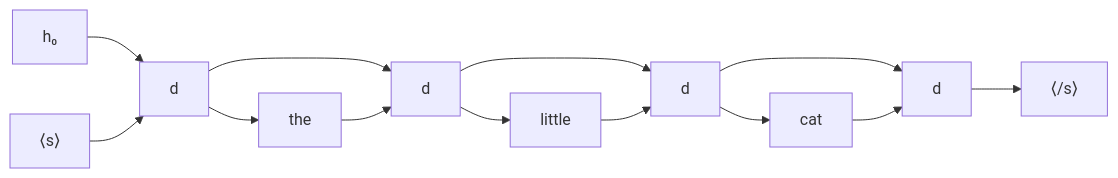
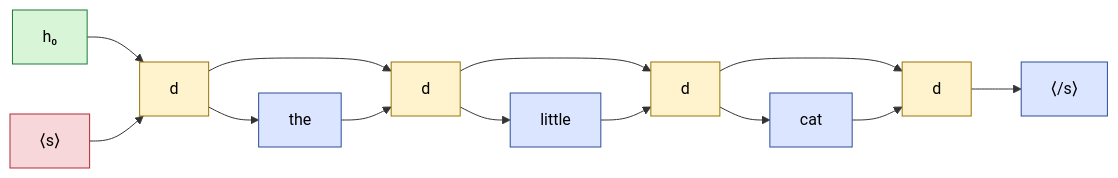
One commit to HydraaaNF/Obsidian-sciences-notes changed the diagram in Machine Learning/Génération d'une séquence.md. Above: the diagram before and after it, drawn with Mermaid. The commit also changed other lines of this file and 7 other files, not shown here.

````diff
--- a/Machine Learning/Génération d'une séquence.md
+++ b/Machine Learning/Génération d'une séquence.md
@@ -45,15 +45,23 @@
 ```mermaid
 flowchart LR
     H0["h₀"] --> D1["d"]
     S["⟨s⟩"] --> D1
     D1 --> Y1["the"]
     D1 --> D2["d"]
     Y1 --> D2
     D2 --> Y2["little"]
     D2 --> D3["d"]
     Y2 --> D3
     D3 --> Y3["cat"]
     D3 --> D4["d"]
     Y3 --> D4
     D4 --> Y4["⟨/s⟩"]
+    classDef entree fill:#f8d7da,stroke:#b02a37,color:#000
+    classDef memoire fill:#d8f5d8,stroke:#1e7b34,color:#000
+    classDef cellule fill:#fff3cd,stroke:#997404,color:#000
+    classDef sortie fill:#dbe5ff,stroke:#2b4c9b,color:#000
+    class S entree
+    class H0 memoire
+    class D1,D2,D3,D4 cellule
+    class Y1,Y2,Y3,Y4 sortie
 ```
````
